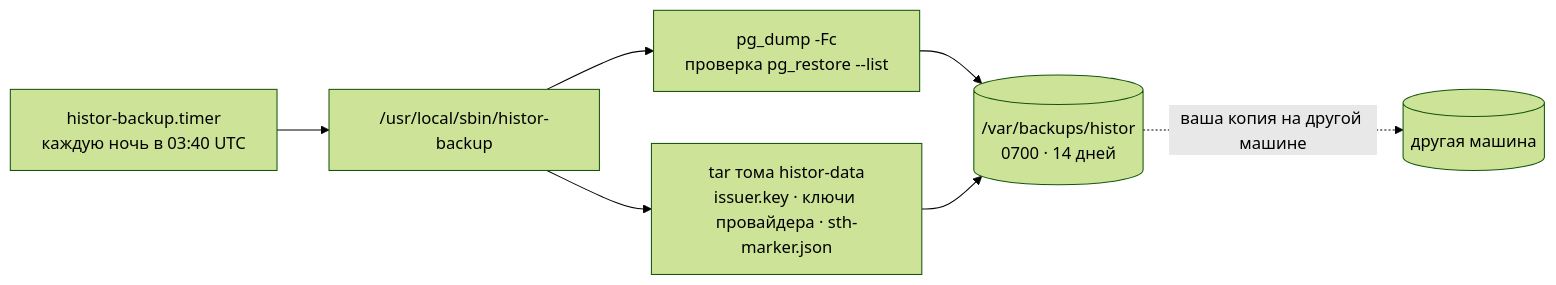
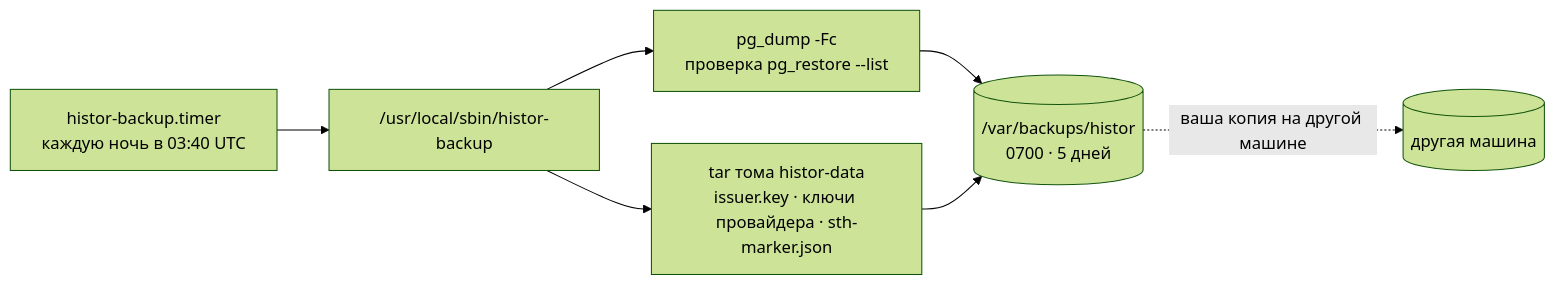
One commit to alexar76/histor changed the third of 3 diagrams in docs/operations.ru.md. Above: the diagram before and after it, drawn with Mermaid (forest theme). The commit also changed 9 other files, not shown here.

````diff
--- a/docs/operations.ru.md
+++ b/docs/operations.ru.md
@@ -111,9 +111,9 @@
 ```mermaid
 flowchart LR
     T["histor-backup.timer<br/>каждую ночь в 03:40 UTC"] --> S["/usr/local/sbin/histor-backup"]
     S --> D["pg_dump -Fc<br/>проверка pg_restore --list"]
     S --> K["tar тома histor-data<br/>issuer.key · ключи провайдера · sth-marker.json"]
-    D --> B[("/var/backups/histor<br/>0700 · 14 дней")]
+    D --> B[("/var/backups/histor<br/>0700 · 5 дней")]
     K --> B
     B -. "ваша копия на другой машине" .-> O[("другая машина")]
 ```
````
